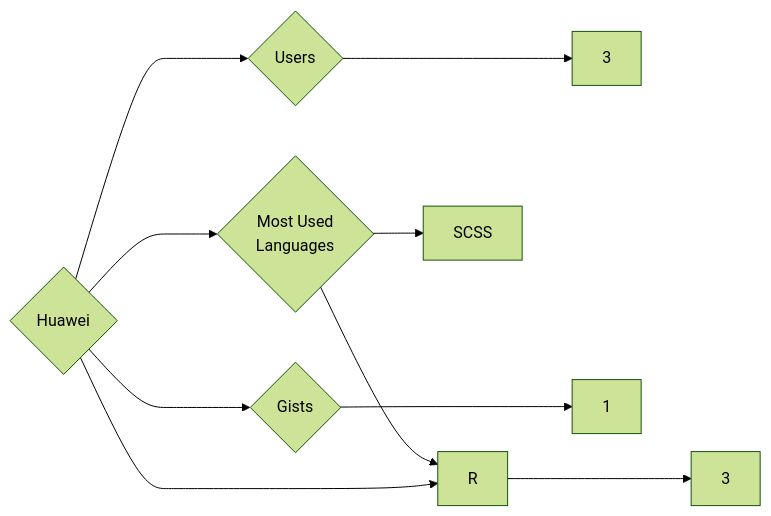
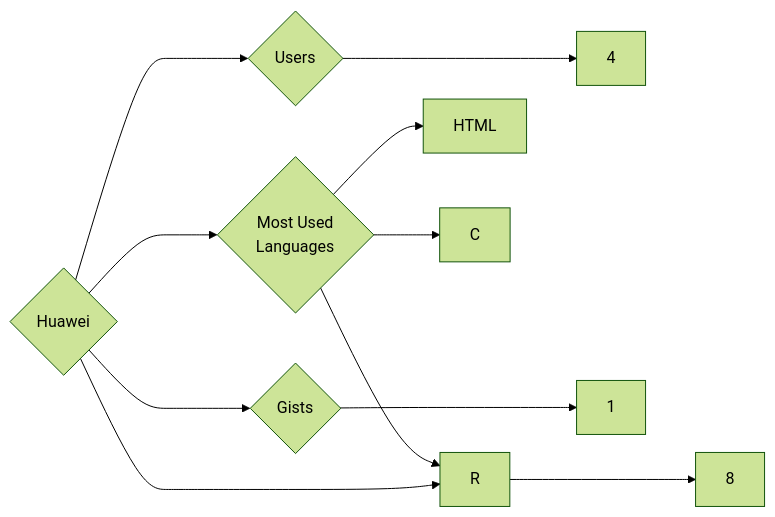
Before and after one commit to trickest/insiders: the diagram in targets/Huawei/README.md, drawn with Mermaid (forest theme). The commit also changed 938 other files, not shown here.

````diff
--- a/targets/Huawei/README.md
+++ b/targets/Huawei/README.md
@@ -3,10 +3,11 @@
 ```mermaid
 graph LR
 COMPANY_NAME{Huawei}
-COMPANY_NAME ---> U{Users} ---> UN[3]
-COMPANY_NAME ---> R{Repositories} ---> RN[3]
+COMPANY_NAME ---> U{Users} ---> UN[4]
+COMPANY_NAME ---> R{Repositories} ---> RN[8]
 COMPANY_NAME ---> G{Gists} ---> GN[1]
 COMPANY_NAME ---> ML{Most Used<br>Languages}
-ML --> SCSS[SCSS]
+ML --> HTML[HTML]
 ML --> R[R]
+ML --> C[C]
 ```
````
